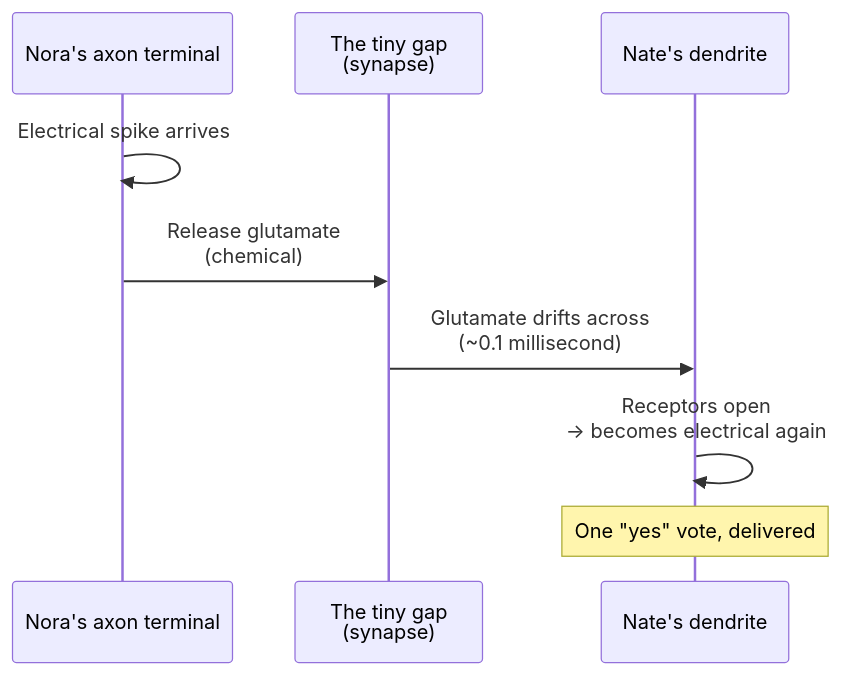
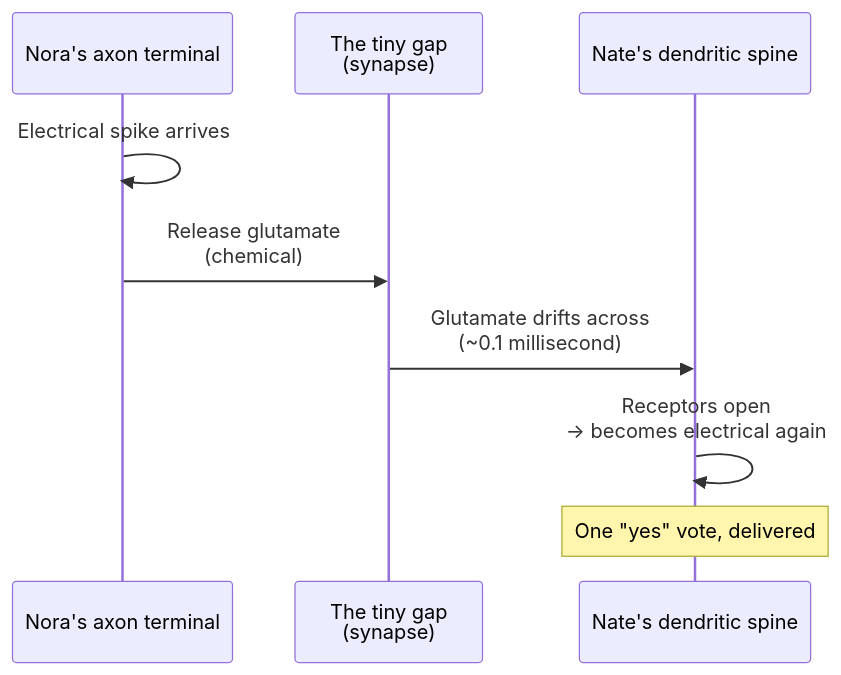
One commit to HariOm-Labs/brain-before-ai changed the third of 6 diagrams in The-Brain-Story.md. Above: the diagram before and after it, drawn with Mermaid. The commit also changed other lines of this file and 17 other files, not shown here.

````diff
--- a/The-Brain-Story.md
+++ b/The-Brain-Story.md
@@ -158,12 +160,12 @@
 ```mermaid
 sequenceDiagram
     participant Nora as Nora's axon terminal
     participant Gap as The tiny gap<br/>(synapse)
-    participant Nate as Nate's dendrite
+    participant Nate as Nate's dendritic spine
 
     Nora->>Nora: Electrical spike arrives
     Nora->>Gap: Release glutamate<br/>(chemical)
     Gap->>Nate: Glutamate drifts across<br/>(~0.1 millisecond)
     Nate->>Nate: Receptors open<br/>→ becomes electrical again
     Note over Nate: One "yes" vote, delivered
 ```
````
